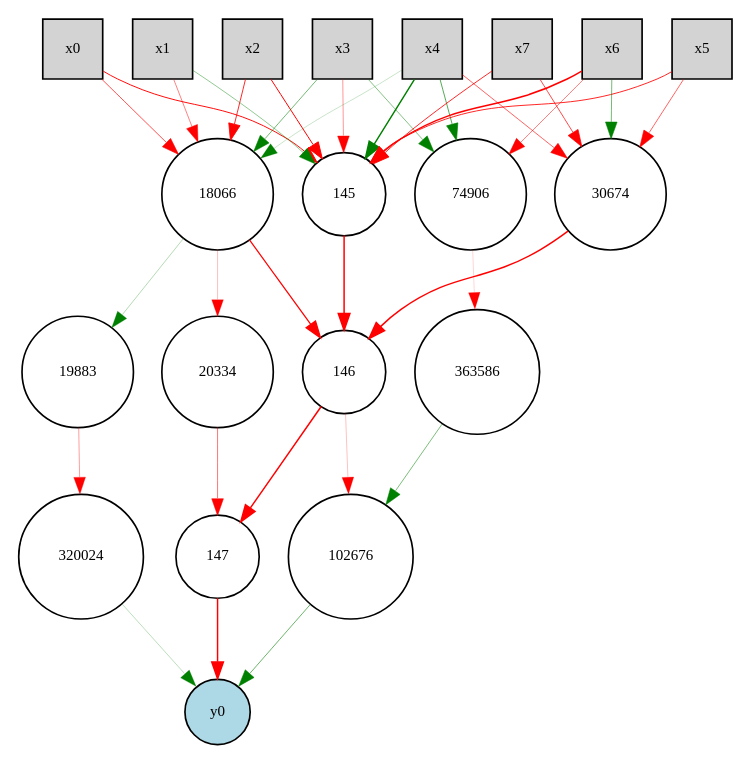
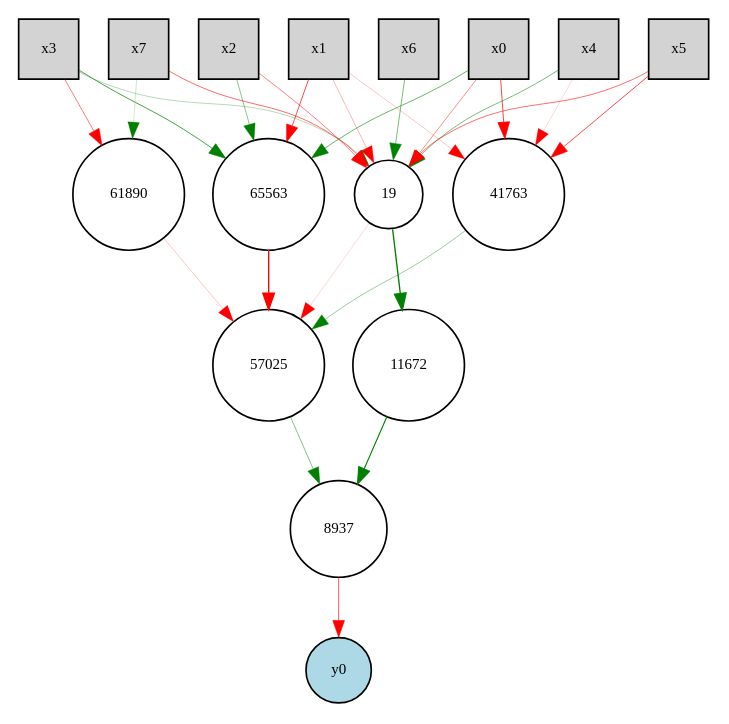
The diagram in Experiments/layered-fixedgoal/trial4.gv (samlurye/CS229-Final-Project), drawn with Graphviz before and after one commit. The commit also changed 3 other files, not shown here.

```diff
--- a/Experiments/layered-fixedgoal/trial4.gv
+++ b/Experiments/layered-fixedgoal/trial4.gv
@@ -1,57 +1,45 @@
 digraph {
 	node [fontsize=9 height=0.1 shape=circle width=0.1]
 	x0 [fillcolor=lightgray height=0.5 shape=box style=filled width=0.5]
 	x1 [fillcolor=lightgray height=0.5 shape=box style=filled width=0.5]
 	x2 [fillcolor=lightgray height=0.5 shape=box style=filled width=0.5]
 	x3 [fillcolor=lightgray height=0.5 shape=box style=filled width=0.5]
 	x4 [fillcolor=lightgray height=0.5 shape=box style=filled width=0.5]
 	x5 [fillcolor=lightgray height=0.5 shape=box style=filled width=0.5]
 	x6 [fillcolor=lightgray height=0.5 shape=box style=filled width=0.5]
 	x7 [fillcolor=lightgray height=0.5 shape=box style=filled width=0.5]
 	y0 [fillcolor=lightblue style=filled]
-	363586 [fillcolor=white style=filled]
-	19883 [fillcolor=white style=filled]
-	20334 [fillcolor=white style=filled]
-	145 [fillcolor=white style=filled]
-	146 [fillcolor=white style=filled]
-	147 [fillcolor=white style=filled]
-	102676 [fillcolor=white style=filled]
-	18066 [fillcolor=white style=filled]
-	30674 [fillcolor=white style=filled]
-	320024 [fillcolor=white style=filled]
-	74906 [fillcolor=white style=filled]
-	147 -> y0 [color=red penwidth=0.8929599854897344 style=solid]
-	x4 -> 145 [color=green penwidth=0.8595566814351115 style=solid]
-	x3 -> 145 [color=red penwidth=0.24619848373308906 style=solid]
-	x5 -> 145 [color=red penwidth=0.5138616533249765 style=solid]
-	x7 -> 145 [color=red penwidth=0.4967396645238593 style=solid]
-	145 -> 146 [color=red penwidth=0.9 style=solid]
-	x6 -> 145 [color=red penwidth=0.9 style=solid]
-	x2 -> 145 [color=red penwidth=0.6048252884567259 style=solid]
-	x0 -> 145 [color=red penwidth=0.5661958707319888 style=solid]
-	x1 -> 145 [color=green penwidth=0.25796235932817446 style=solid]
-	146 -> 147 [color=red penwidth=0.9 style=solid]
-	x4 -> 18066 [color=green penwidth=0.1337147559355423 style=solid]
-	x0 -> 18066 [color=red penwidth=0.41279777257478667 style=solid]
-	18066 -> 20334 [color=red penwidth=0.16376088467525227 style=solid]
-	20334 -> 147 [color=red penwidth=0.332785301045716 style=solid]
-	x4 -> 30674 [color=red penwidth=0.367976899184004 style=solid]
-	x7 -> 30674 [color=red penwidth=0.42844144371063786 style=solid]
-	x6 -> 30674 [color=green penwidth=0.33345071681814253 style=solid]
-	x5 -> 30674 [color=red penwidth=0.37093380237787055 style=solid]
-	x1 -> 18066 [color=red penwidth=0.2958615255753766 style=solid]
-	146 -> 102676 [color=red penwidth=0.1540166422214152 style=solid]
-	102676 -> y0 [color=green penwidth=0.3484532018521285 style=solid]
-	30674 -> 146 [color=red penwidth=0.9 style=solid]
-	x4 -> 74906 [color=green penwidth=0.4037688744935459 style=solid]
-	18066 -> 146 [color=red penwidth=0.7508758281781757 style=solid]
-	x3 -> 18066 [color=green penwidth=0.3340521402890529 style=solid]
-	x3 -> 74906 [color=green penwidth=0.2942530313247852 style=solid]
-	x2 -> 18066 [color=red penwidth=0.4974881102078771 style=solid]
-	18066 -> 19883 [color=green penwidth=0.17530900750408385 style=solid]
-	19883 -> 320024 [color=red penwidth=0.22577774568172612 style=solid]
-	320024 -> y0 [color=green penwidth=0.15635085749877703 style=solid]
-	x6 -> 74906 [color=red penwidth=0.3110374800979015 style=solid]
-	74906 -> 363586 [color=red penwidth=0.1031934371843157 style=solid]
-	363586 -> 102676 [color=green penwidth=0.3148760704663458 style=solid]
+	57025 [fillcolor=white style=filled]
+	61890 [fillcolor=white style=filled]
+	41763 [fillcolor=white style=filled]
+	8937 [fillcolor=white style=filled]
+	19 [fillcolor=white style=filled]
+	11672 [fillcolor=white style=filled]
+	65563 [fillcolor=white style=filled]
+	x5 -> 19 [color=red penwidth=0.34316834703513366 style=solid]
+	x0 -> 19 [color=red penwidth=0.26583911615259337 style=solid]
+	x6 -> 19 [color=green penwidth=0.3241102113822892 style=solid]
+	x4 -> 19 [color=green penwidth=0.31867133035533257 style=solid]
+	x7 -> 19 [color=red penwidth=0.34726867740889245 style=solid]
+	x1 -> 19 [color=red penwidth=0.1821114544124804 style=solid]
+	x3 -> 19 [color=green penwidth=0.1831020312139055 style=solid]
+	x2 -> 19 [color=red penwidth=0.30393190320501007 style=solid]
+	8937 -> y0 [color=red penwidth=0.39083308847028175 style=solid]
+	19 -> 11672 [color=green penwidth=0.8154787642705686 style=solid]
+	11672 -> 8937 [color=green penwidth=0.661693465893007 style=solid]
+	x5 -> 41763 [color=red penwidth=0.42648373333623557 style=solid]
+	19 -> 57025 [color=red penwidth=0.10462394306730922 style=solid]
+	57025 -> 8937 [color=green penwidth=0.2899241411108938 style=solid]
+	x0 -> 41763 [color=red penwidth=0.44302124704992085 style=solid]
+	x3 -> 61890 [color=red penwidth=0.30598384377345766 style=solid]
+	65563 -> 57025 [color=red penwidth=0.815132766812332 style=solid]
+	x1 -> 41763 [color=red penwidth=0.14387913730345145 style=solid]
+	x1 -> 65563 [color=red penwidth=0.4250241537581785 style=solid]
+	41763 -> 57025 [color=green penwidth=0.2440770389148604 style=solid]
+	x0 -> 65563 [color=green penwidth=0.3509022618469112 style=solid]
+	x4 -> 41763 [color=red penwidth=0.10082177710499018 style=solid]
+	61890 -> 57025 [color=red penwidth=0.13645834964612585 style=solid]
+	x7 -> 61890 [color=green penwidth=0.12068179578683319 style=solid]
+	x2 -> 65563 [color=green penwidth=0.2794417499007733 style=solid]
+	x3 -> 65563 [color=green penwidth=0.4449221153751759 style=solid]
 }
```
